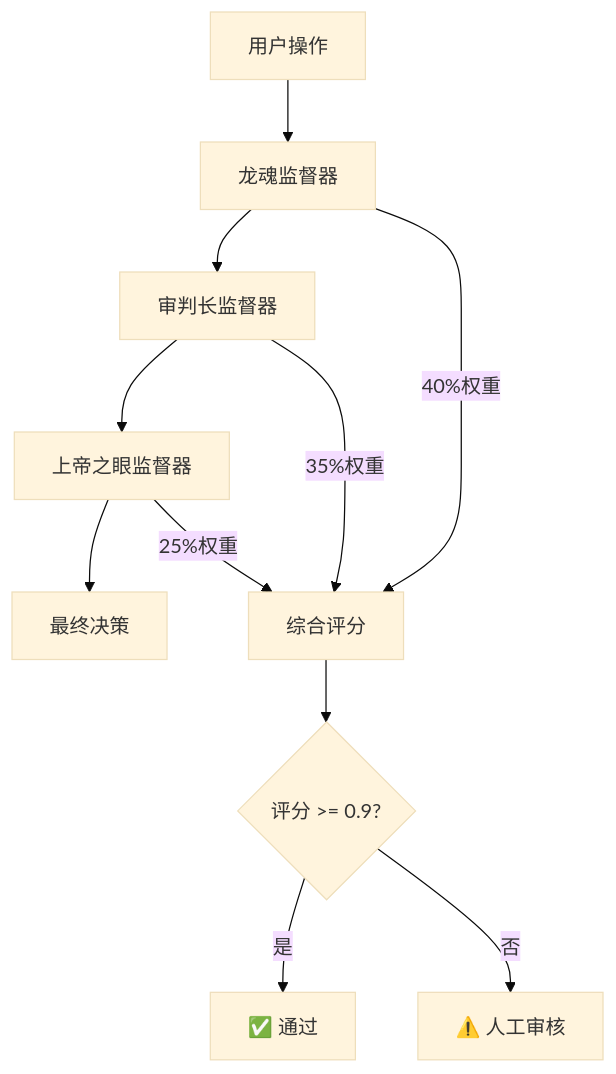
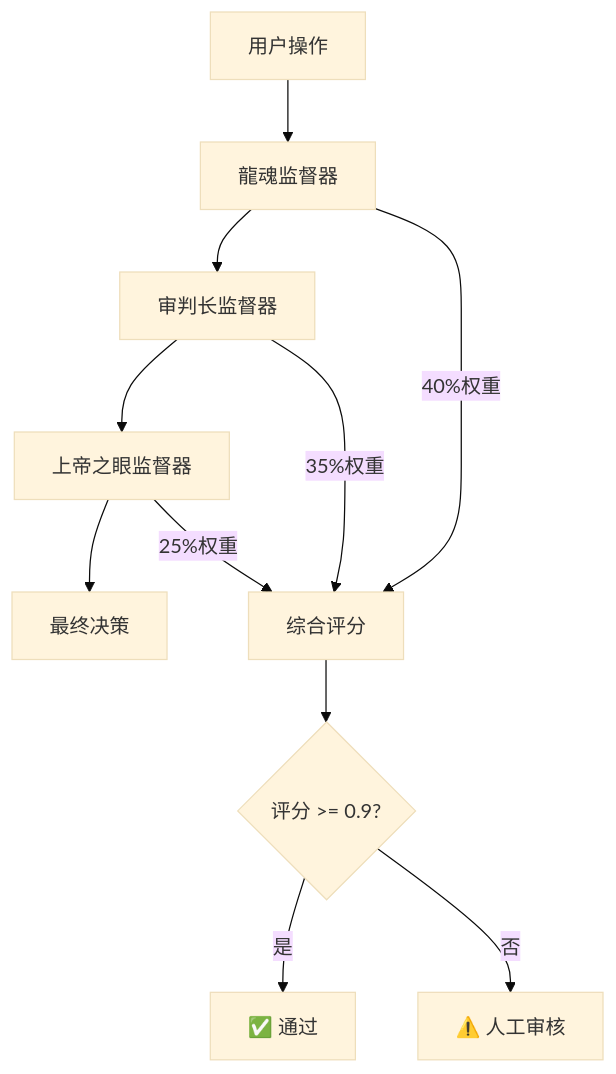
One commit to UID9622/longhun-system changed the diagram in longhun-system/CNSH_备份_20260211/本地备份/历史项目/龙魂Notion主权自动化/三层监督系统.md. Above: the diagram before and after it, drawn with Mermaid (base theme). The commit also changed other lines of this file and 853 other files, not shown here.

````diff
--- a/longhun-system/CNSH_备份_20260211/本地备份/历史项目/龙魂Notion主权自动化/三层监督系统.md
+++ b/longhun-system/CNSH_备份_20260211/本地备份/历史项目/龙魂Notion主权自动化/三层监督系统.md
@@ -7,14 +7,14 @@
 ```mermaid
 graph TB
-    A[用户操作] --> B[龙魂监督器]
+    A[用户操作] --> B[龍魂监督器]
     B --> C[审判长监督器]
     C --> D[上帝之眼监督器]
     D --> E[最终决策]
     
     B -->|40%权重| F[综合评分]
     C -->|35%权重| F
     D -->|25%权重| F
     F --> G{评分 >= 0.9?}
     G -->|是| H[✅ 通过]
     G -->|否| I[⚠️ 人工审核]
 ```
````
